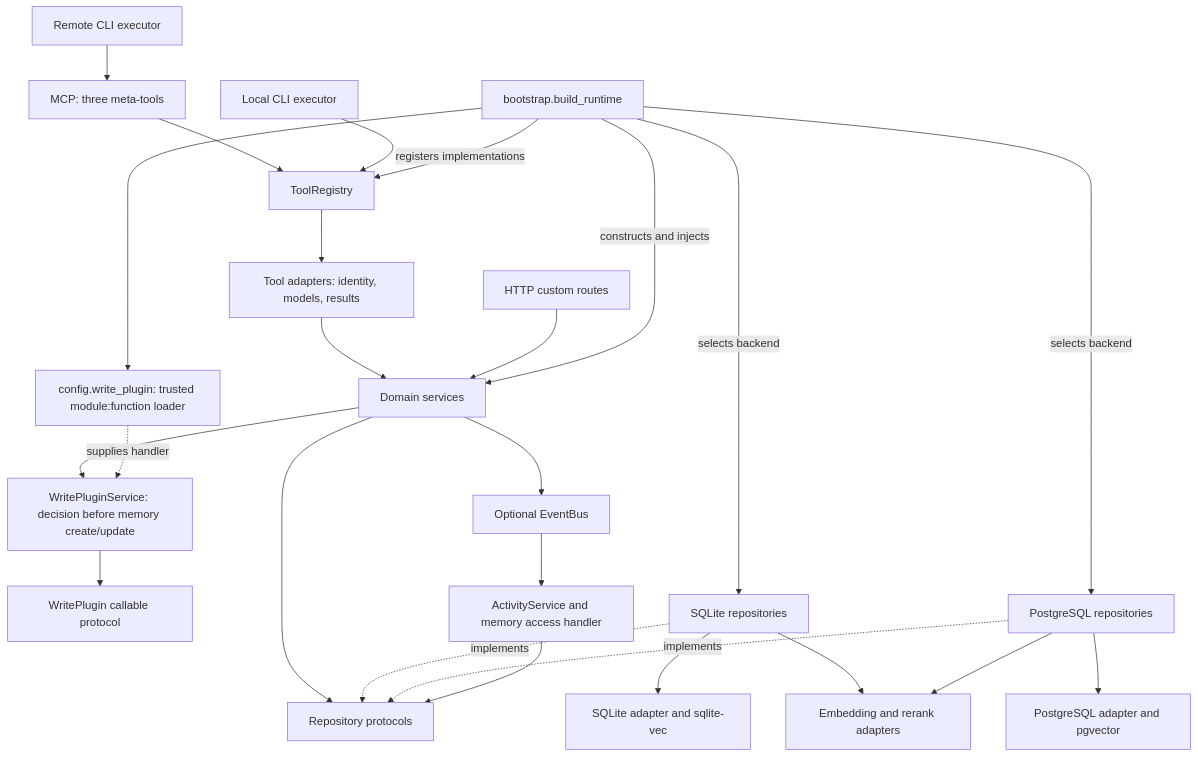
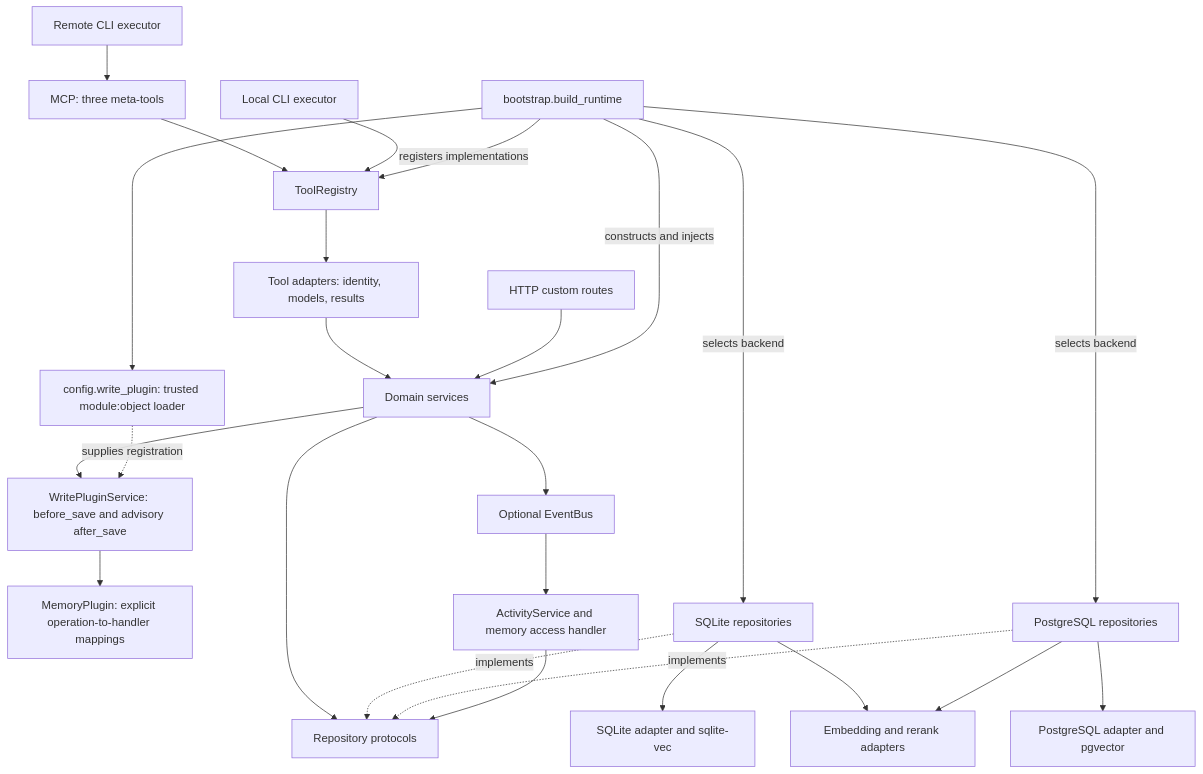
Before and after one commit to ScottRBK/forgetful: the diagram in architecture.md, drawn with Mermaid. The commit also changed other lines of this file and 29 other files, not shown here.

Commit message:
feat: add before-save and after-save Memory Plugin phases (#164)

````diff
--- a/architecture.md
+++ b/architecture.md
@@ -17,27 +17,27 @@
 ```mermaid
 flowchart TD
     MCP["MCP: three meta-tools"] --> Registry["ToolRegistry"]
     Local["Local CLI executor"] --> Registry
     Remote["Remote CLI executor"] --> MCP
     Registry --> ToolAdapters["Tool adapters: identity, models, results"]
     ToolAdapters --> Services["Domain services"]
     HTTP["HTTP custom routes"] --> Services
     Services --> Contracts["Repository protocols"]
-    Services --> WritePlugin["WritePluginService: decision before memory create/update"]
-    WritePlugin --> Callable["WritePlugin callable protocol"]
-    Bootstrap --> Loader["config.write_plugin: trusted module:function loader"]
-    Loader -. supplies handler .-> WritePlugin
+    Services --> WritePlugin["WritePluginService: before_save and advisory after_save"]
+    WritePlugin --> Callable["MemoryPlugin: explicit operation-to-handler mappings"]
+    Bootstrap --> Loader["config.write_plugin: trusted module:object loader"]
+    Loader -. supplies registration .-> WritePlugin
     SQLite["SQLite repositories"] -. implements .-> Contracts
     Postgres["PostgreSQL repositories"] -. implements .-> Contracts
     SQLite --> SQLiteDB["SQLite adapter and sqlite-vec"]
     Postgres --> PostgresDB["PostgreSQL adapter and pgvector"]
     SQLite --> Providers["Embedding and rerank adapters"]
     Postgres --> Providers
     Services --> Events["Optional EventBus"]
     Events --> Activity["ActivityService and memory access handler"]
     Activity --> Contracts
     Bootstrap["bootstrap.build_runtime"] -->|constructs and injects| Services
     Bootstrap -->|registers implementations| Registry
     Bootstrap -->|selects backend| SQLite
     Bootstrap -->|selects backend| Postgres
 ```
````
